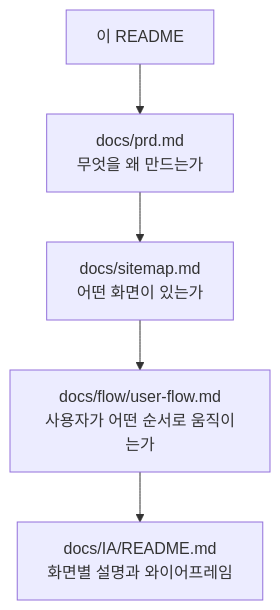
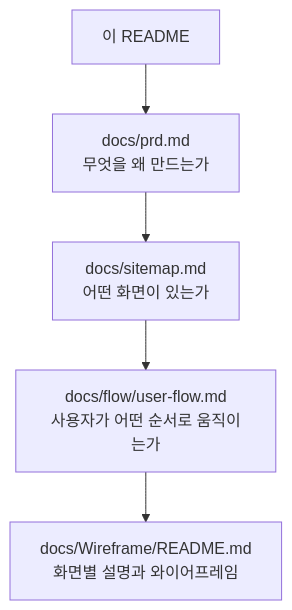
The fifth of 8 diagrams in README.md (blackstarzck/topik-project-v13), drawn with Mermaid before and after one commit. The commit also changed other lines of this file and 292 other files, not shown here.

````diff
--- a/README.md
+++ b/README.md
@@ -160,7 +160,7 @@
 ```mermaid
 flowchart TD
     A["이 README"] --> B["docs/prd.md<br/>무엇을 왜 만드는가"]
     B --> C["docs/sitemap.md<br/>어떤 화면이 있는가"]
     C --> D["docs/flow/user-flow.md<br/>사용자가 어떤 순서로 움직이는가"]
-    D --> E["docs/IA/README.md<br/>화면별 설명과 와이어프레임"]
+    D --> E["docs/Wireframe/README.md<br/>화면별 설명과 와이어프레임"]
 ```
````
